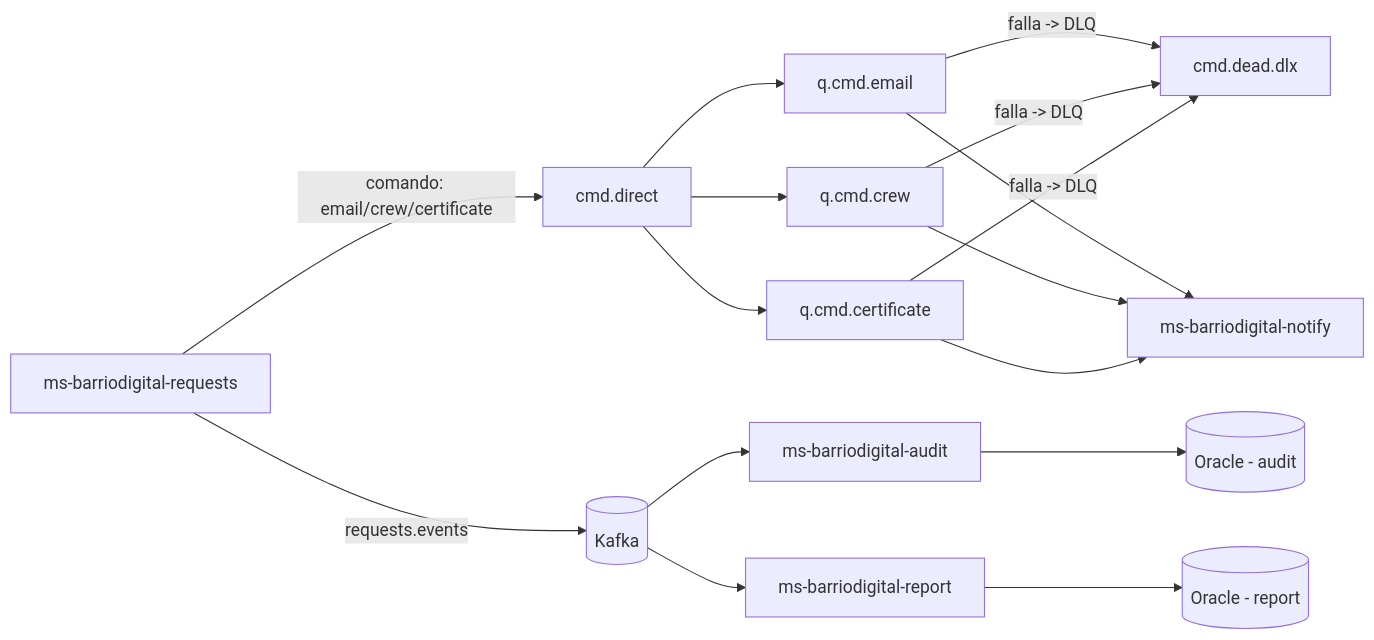
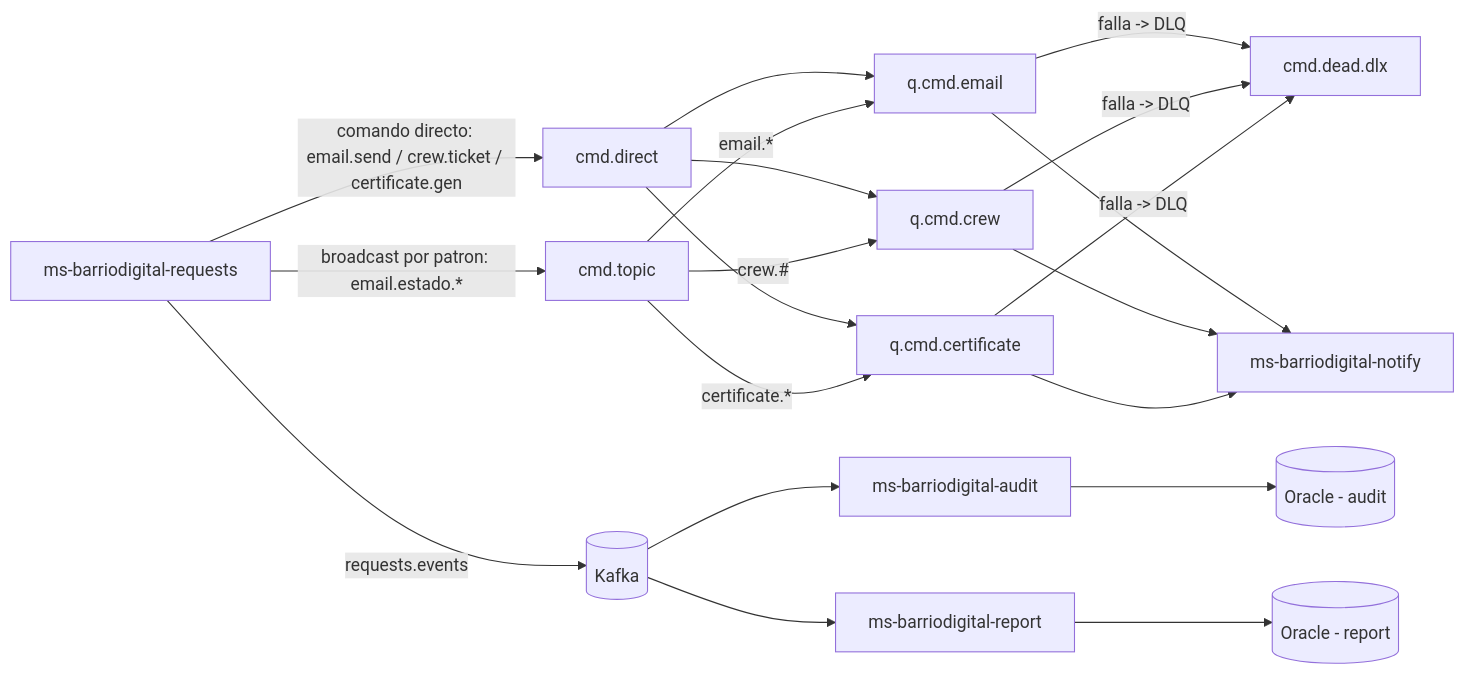
One commit to PhamNukz/barriodigital-docs changed the second of 3 diagrams in arquitectura.md. Above: the diagram before and after it, drawn with Mermaid. The commit also changed other lines of this file and 9 other files, not shown here.

````diff
--- a/arquitectura.md
+++ b/arquitectura.md
@@ -18,19 +18,23 @@
 ```mermaid
 flowchart LR
-    REQ[ms-barriodigital-requests] -->|comando: email/crew/certificate| DIRECT[cmd.direct]
+    REQ[ms-barriodigital-requests] -->|"comando directo: email.send / crew.ticket / certificate.gen"| DIRECT[cmd.direct]
+    REQ -->|"broadcast por patron: email.estado.*"| TOPIC[cmd.topic]
     DIRECT --> QE[q.cmd.email]
     DIRECT --> QC[q.cmd.crew]
     DIRECT --> QCert[q.cmd.certificate]
+    TOPIC -->|"email.*"| QE
+    TOPIC -->|"crew.#"| QC
+    TOPIC -->|"certificate.*"| QCert
     QE -->|falla -> DLQ| DLX[cmd.dead.dlx]
     QC -->|falla -> DLQ| DLX
     QCert -->|falla -> DLQ| DLX
     QE --> NOTIFY[ms-barriodigital-notify]
     QC --> NOTIFY
     QCert --> NOTIFY
 
     REQ -->|requests.events| KAFKA[(Kafka)]
     KAFKA --> AUDIT[ms-barriodigital-audit]
     KAFKA --> REPORT[ms-barriodigital-report]
     AUDIT --> ORA3[(Oracle - audit)]
     REPORT --> ORA4[(Oracle - report)]
 ```
````
